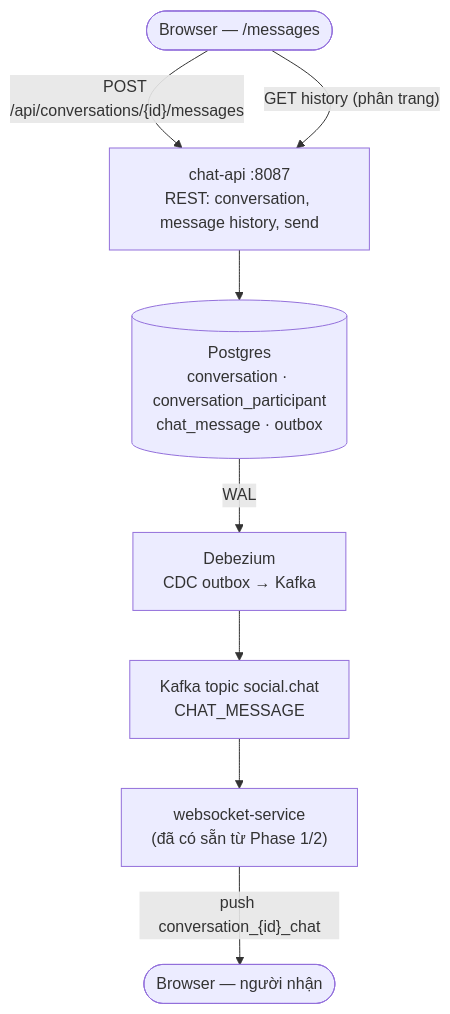
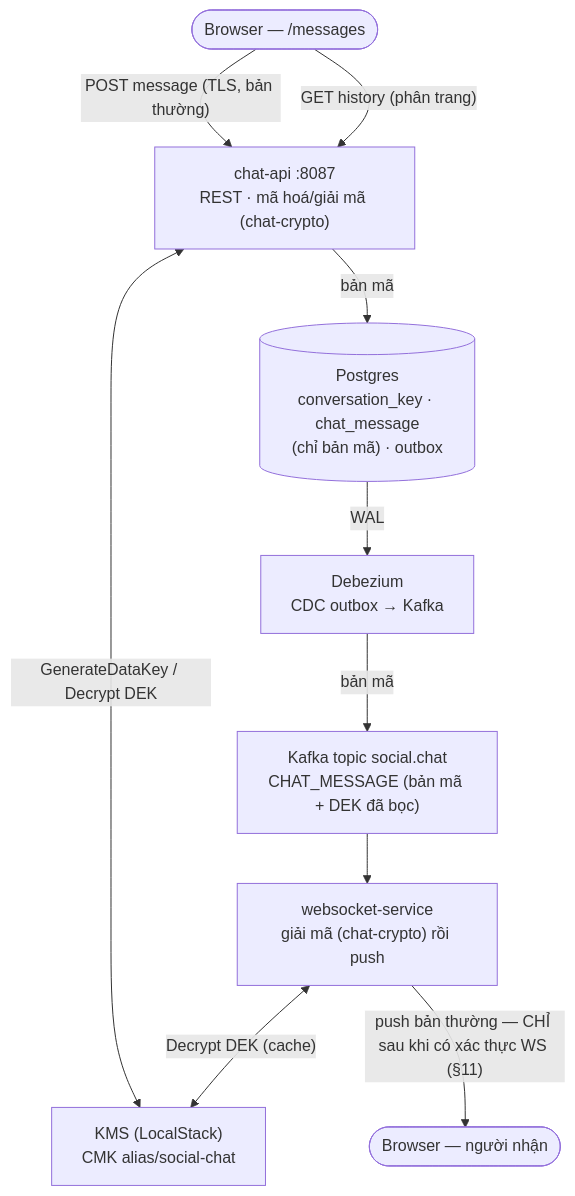
One commit to nguyen-tri-nhan/mini-social-network changed the diagram in specs/messaging-plan.md. Above: the diagram before and after it, drawn with Mermaid. The commit also changed other lines of this file and 86 other files, not shown here.

````diff
--- a/specs/messaging-plan.md
+++ b/specs/messaging-plan.md
@@ -102,18 +152,21 @@
 ```mermaid
 flowchart TD
     FE(["Browser — /messages"])
-    ChatApi["chat-api :8087\nREST: conversation, message history, send"]
-    DB[("Postgres\nconversation · conversation_participant\nchat_message · outbox")]
+    ChatApi["chat-api :8087\nREST · mã hoá/giải mã (chat-crypto)"]
+    KMS["KMS (LocalStack)\nCMK alias/social-chat"]
+    DB[("Postgres\nconversation_key · chat_message\n(chỉ bản mã) · outbox")]
     Debezium["Debezium\nCDC outbox → Kafka"]
-    Kafka["Kafka topic social.chat\nCHAT_MESSAGE"]
-    WsSvc["websocket-service\n(đã có sẵn từ Phase 1/2)"]
+    Kafka["Kafka topic social.chat\nCHAT_MESSAGE (bản mã + DEK đã bọc)"]
+    WsSvc["websocket-service\ngiải mã (chat-crypto) rồi push"]
     FE2(["Browser — người nhận"])
 
-    FE -->|"POST /api/conversations/{id}/messages"| ChatApi
+    FE -->|"POST message (TLS, bản thường)"| ChatApi
     FE -->|"GET history (phân trang)"| ChatApi
-    ChatApi --> DB
+    ChatApi <-->|"GenerateDataKey / Decrypt DEK"| KMS
+    ChatApi -->|"bản mã"| DB
     DB -->|"WAL"| Debezium
-    Debezium --> Kafka
+    Debezium -->|"bản mã"| Kafka
     Kafka --> WsSvc
-    WsSvc -->|"push conversation_{id}_chat"| FE2
+    WsSvc <-->|"Decrypt DEK (cache)"| KMS
+    WsSvc -->|"push bản thường — CHỈ sau khi có xác thực WS (§11)"| FE2
 ```
````
